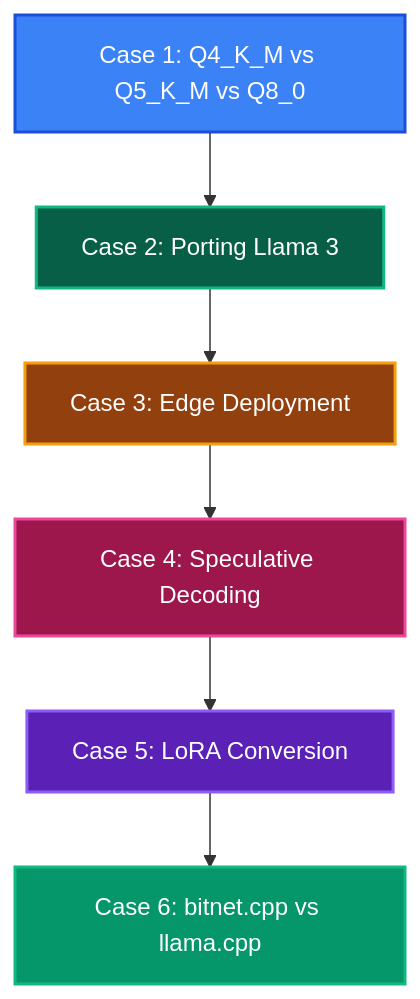
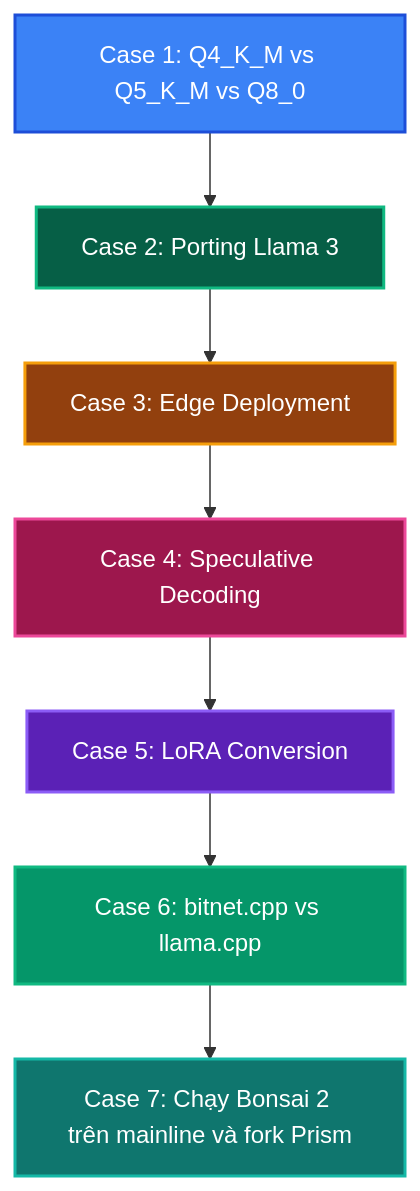
Before and after one commit to tuandung222/llama-cpp-architecture-lectures: the diagram in docs/case_studies/roadmap_case_studies.md, drawn with Mermaid. The commit also changed other lines of this file and 25 other files, not shown here.

First line of the commit message:
Add Bonsai/Prism curriculum part; audit BitNet, theory 7-8, cases and labs

````diff
--- a/docs/case_studies/roadmap_case_studies.md
+++ b/docs/case_studies/roadmap_case_studies.md
@@ -12,15 +12,17 @@
 ```mermaid
 graph TD
     CS1[Case 1: Q4_K_M vs Q5_K_M vs Q8_0] --> CS2[Case 2: Porting Llama 3]
     CS2 --> CS3[Case 3: Edge Deployment]
     CS3 --> CS4[Case 4: Speculative Decoding]
     CS4 --> CS5[Case 5: LoRA Conversion]
     CS5 --> CS6[Case 6: bitnet.cpp vs llama.cpp]
+    CS6 --> CS7[Case 7: Chạy Bonsai 2 trên mainline và fork Prism]
 
     style CS1 fill:#3b82f6,stroke:#1d4ed8,stroke-width:2px,color:#fff
     style CS2 fill:#065f46,stroke:#10b981,stroke-width:2px,color:#fff
     style CS3 fill:#92400e,stroke:#f59e0b,stroke-width:2px,color:#fff
     style CS4 fill:#9d174d,stroke:#ec4899,stroke-width:2px,color:#fff
     style CS5 fill:#5b21b6,stroke:#8b5cf6,stroke-width:2px,color:#fff
     style CS6 fill:#059669,stroke:#10b981,stroke-width:2px,color:#fff
+    style CS7 fill:#0f766e,stroke:#14b8a6,stroke-width:2px,color:#fff
 ```
````
